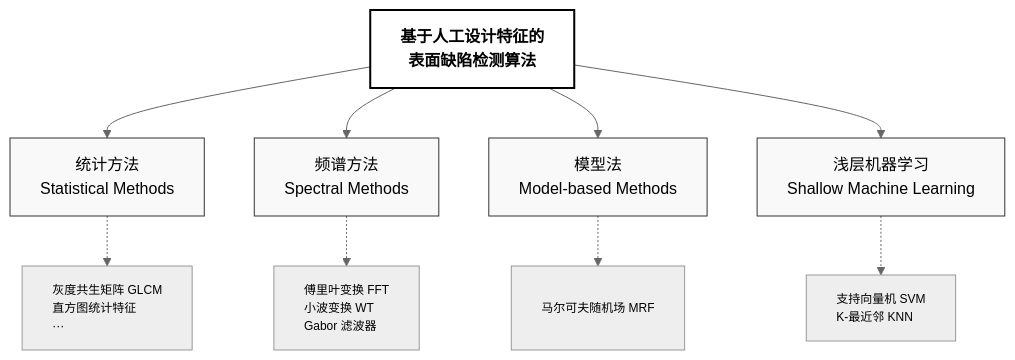
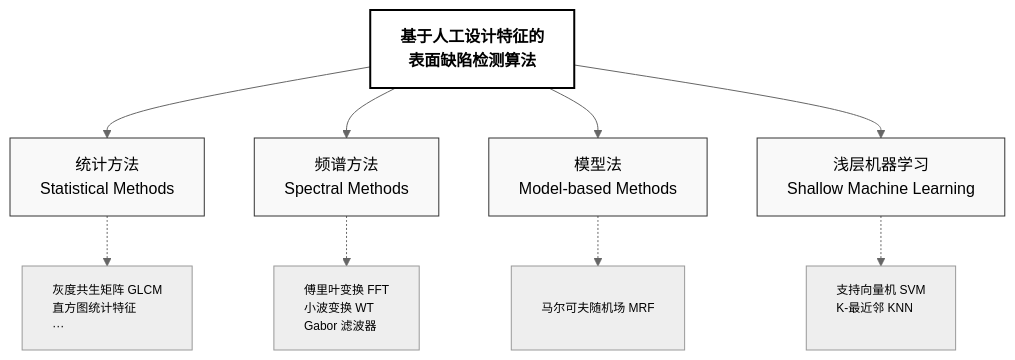
One commit to MAOSHENGsong/iodraw-files changed the diagram in all/未命名-1.md. Above: the diagram before and after it, drawn with Mermaid (neutral theme).

Commit message:
2026-03-17 18:28:34 update

````diff
--- a/all/未命名-1.md
+++ b/all/未命名-1.md
@@ -1,43 +1,43 @@
 ```mermaid
 graph TB
     %% 核心标题
     Main[
     基于人工设计特征的
     表面缺陷检测算法] 
     
     %% 第一层级：四大分支
     Statistical[统计方法<br/>Statistical Methods]
     Spectral[频谱方法<br/>Spectral Methods]
     Model[模型法<br/>Model-based Methods]
     Machine[浅层机器学习<br/>Shallow Machine Learning]
 
     %% 第二层级：典型算法
     Sub_Stat[灰度共生矩阵 GLCM<br/>直方图统计特征<br/>···]
     Sub_Spec[傅里叶变换 FFT<br/>小波变换 WT<br/>Gabor 滤波器]
     Sub_Mod[<br/>马尔可夫随机场 MRF<br/><br/>]
-    Sub_Mach[支持向量机 SVM<br/>K-最近邻 KNN<br/>]
+    Sub_Mach[支持向量机 SVM<br/>K-最近邻 KNN<br/><br/>]
 
     %% 建立连接
     Main --> Statistical
     Main --> Spectral
     Main --> Model
     Main --> Machine
 
     Statistical -.-> Sub_Stat
     Spectral -.-> Sub_Spec
     Model -.-> Sub_Mod
     Machine -.-> Sub_Mach
 
     %% 样式美化：论文通常使用白底黑字或淡色调
     style Main fill:#ffffff,stroke:#000,stroke-width:2px,font-weight:bold
     style Statistical fill:#f9f9f9,stroke:#333,stroke-width:1px
     style Spectral fill:#f9f9f9,stroke:#333,stroke-width:1px
     style Model fill:#f9f9f9,stroke:#333,stroke-width:1px
     style Machine fill:#f9f9f9,stroke:#333,stroke-width:1px
     
     %% 细化子项样式
     style Sub_Stat font-size:12px,text-align:left
     style Sub_Spec font-size:12px,text-align:left
     style Sub_Mod font-size:12px,text-align:left
     style Sub_Mach font-size:12px,text-align:left
 ```
````
